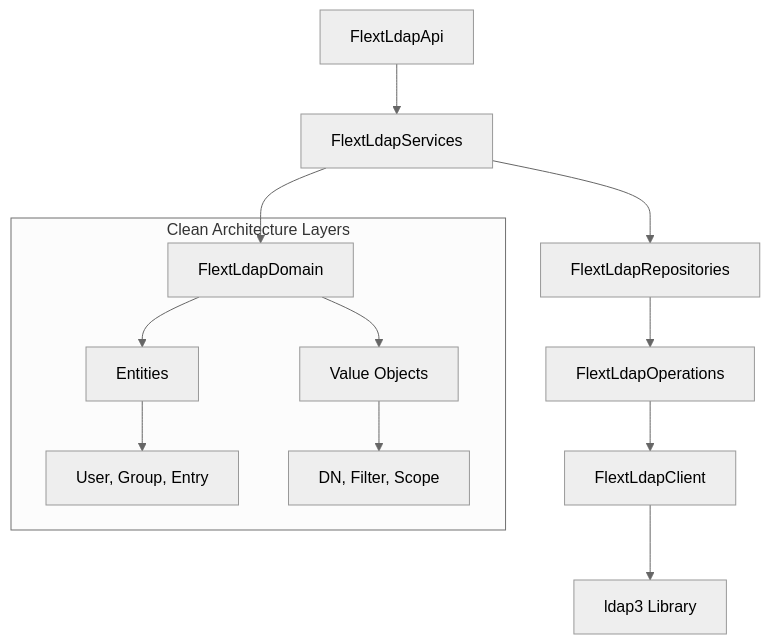
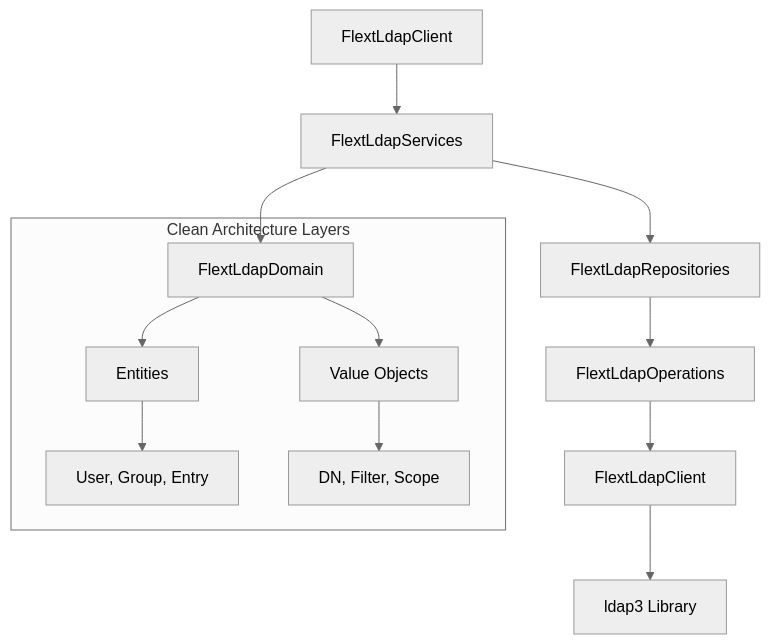
The diagram in README.md (flext-sh/flext-ldap), drawn with Mermaid (neutral theme) before and after one commit. The commit also changed other lines of this file and 73 other files, not shown here.

````diff
--- a/README.md
+++ b/README.md
@@ -46,16 +46,16 @@
 ```mermaid
 graph TB
-    A[FlextLdapApi] --> B[FlextLdapServices]
+    A[FlextLdapClient] --> B[FlextLdapServices]
     B --> C[FlextLdapDomain]
     B --> D[FlextLdapRepositories]
     D --> E[FlextLdapOperations]
     E --> F[FlextLdapClient]
     F --> G[ldap3 Library]
 
     subgraph "Clean Architecture Layers"
         C --> H[Entities]
         C --> I[Value Objects]
         H --> J[User, Group, Entry]
         I --> K[DN, Filter, Scope]
     end
 ```
````
